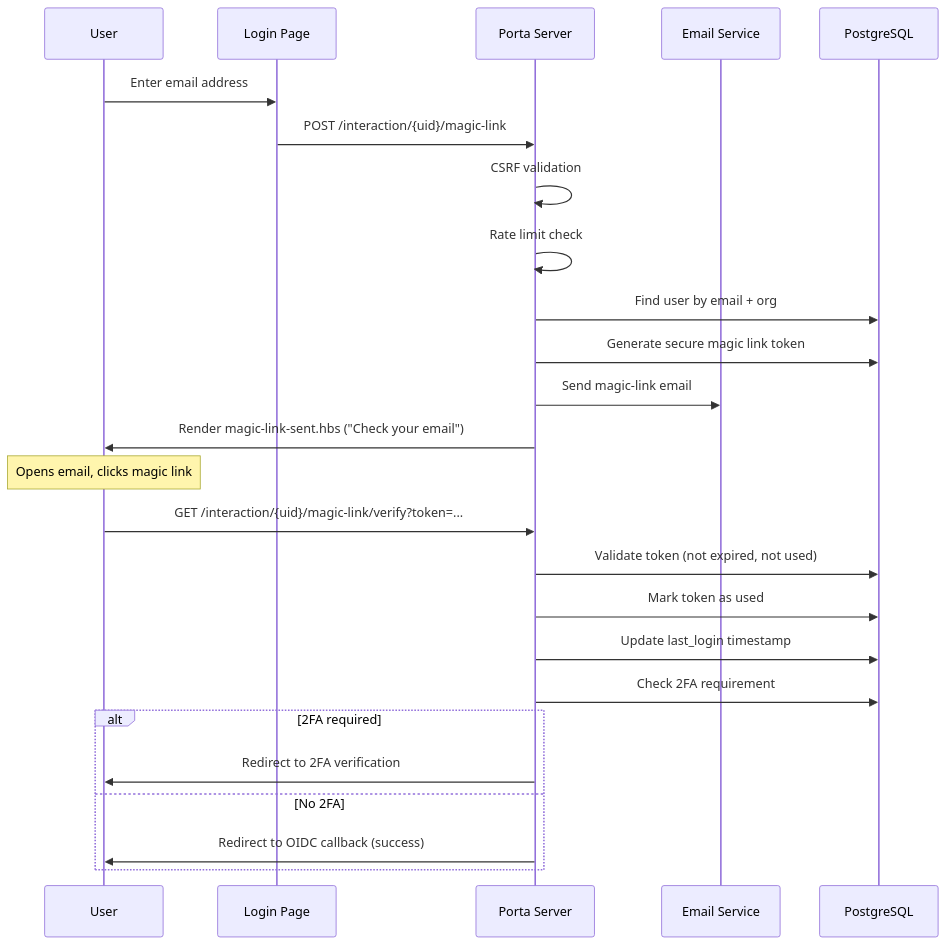
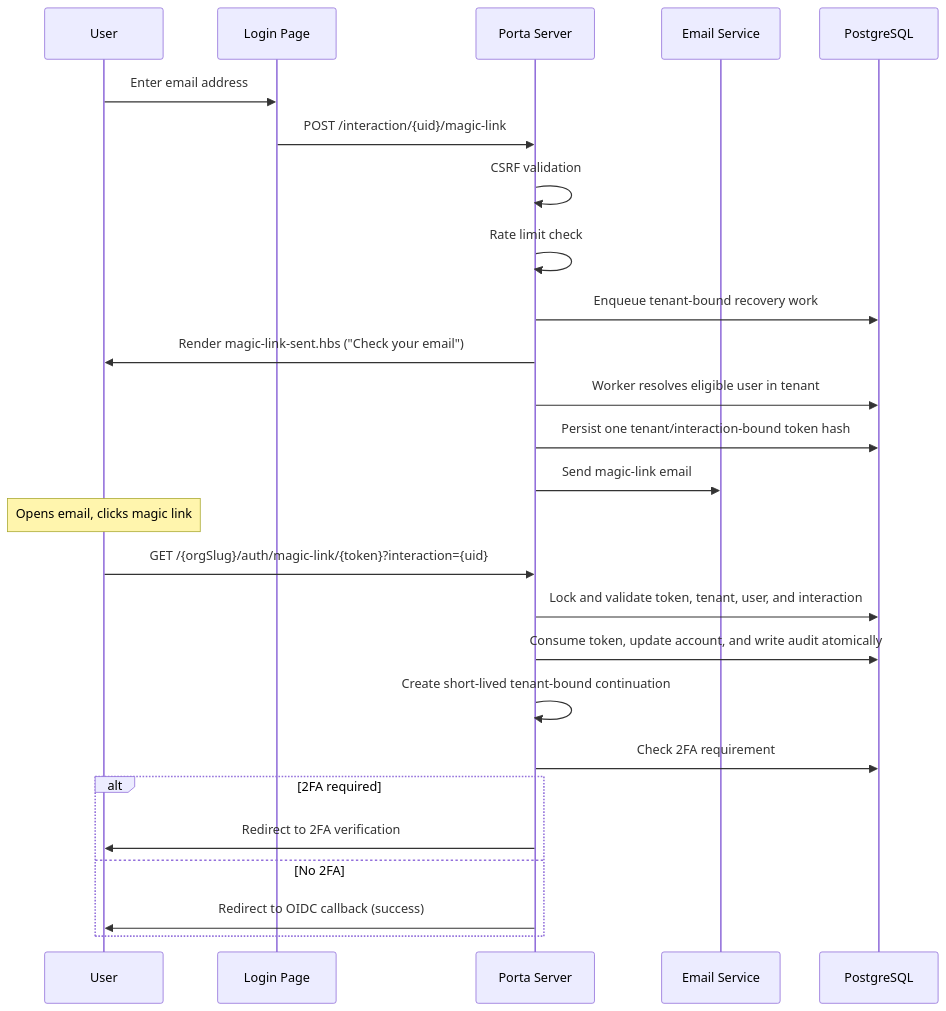
The third of 4 diagrams in docs/concepts/authentication-modes.md (blendsdk/porta-identity), drawn with Mermaid before and after one commit. The commit also changed other lines of this file and 8 other files, not shown here.

First line of the commit message:
docs(auth): document magic-link authority

````diff
--- a/docs/concepts/authentication-modes.md
+++ b/docs/concepts/authentication-modes.md
@@ -104,28 +104,29 @@
 ```mermaid
 sequenceDiagram
     participant User
     participant Login as Login Page
     participant Porta as Porta Server
     participant Email as Email Service
     participant DB as PostgreSQL
 
     User->>Login: Enter email address
     Login->>Porta: POST /interaction/{uid}/magic-link
     Porta->>Porta: CSRF validation
     Porta->>Porta: Rate limit check
-    Porta->>DB: Find user by email + org
-    Porta->>DB: Generate secure magic link token
+    Porta->>DB: Enqueue tenant-bound recovery work
+    Porta->>User: Render magic-link-sent.hbs ("Check your email")
+    Porta->>DB: Worker resolves eligible user in tenant
+    Porta->>DB: Persist one tenant/interaction-bound token hash
     Porta->>Email: Send magic-link email
-    Porta->>User: Render magic-link-sent.hbs ("Check your email")
     Note over User: Opens email, clicks magic link
-    User->>Porta: GET /interaction/{uid}/magic-link/verify?token=...
-    Porta->>DB: Validate token (not expired, not used)
-    Porta->>DB: Mark token as used
-    Porta->>DB: Update last_login timestamp
+    User->>Porta: GET /{orgSlug}/auth/magic-link/{token}?interaction={uid}
+    Porta->>DB: Lock and validate token, tenant, user, and interaction
+    Porta->>DB: Consume token, update account, and write audit atomically
+    Porta->>Porta: Create short-lived tenant-bound continuation
     Porta->>DB: Check 2FA requirement
     alt 2FA required
         Porta->>User: Redirect to 2FA verification
     else No 2FA
         Porta->>User: Redirect to OIDC callback (success)
     end
 ```
````
